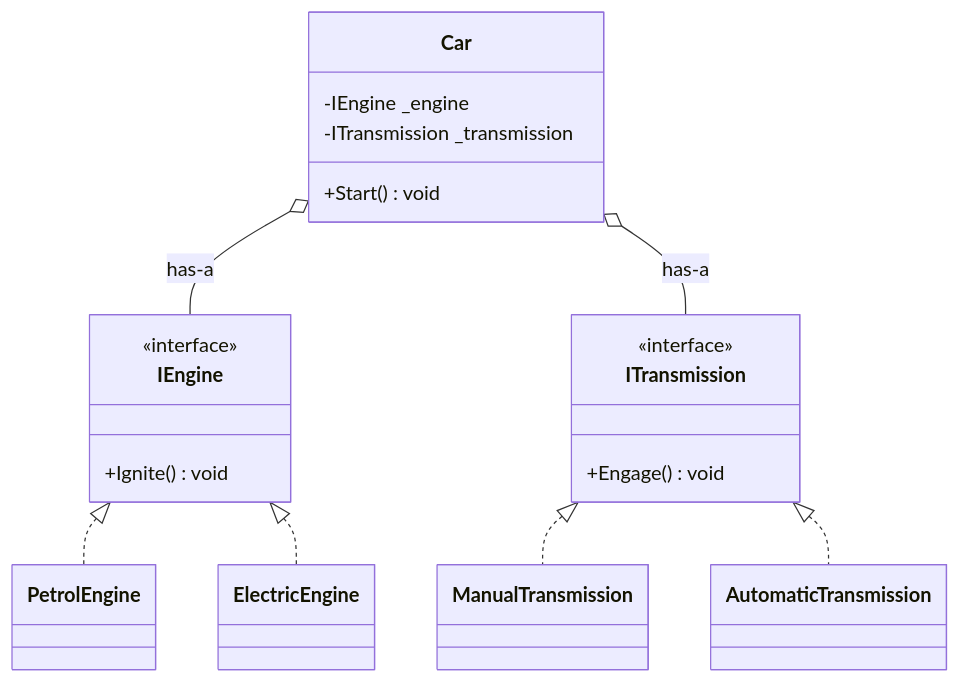
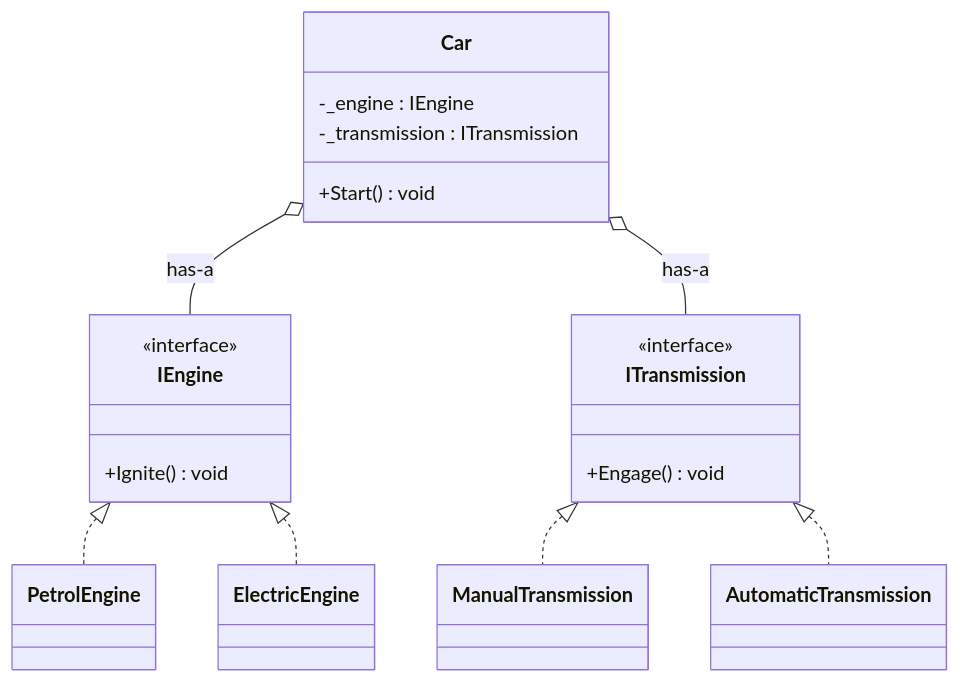
The sixth of 6 diagrams in 00-Foundations/01-OOP-Basics/notes.md (tushardongre1990/LLD-Claude), drawn with Mermaid before and after one commit. The commit also changed other lines of this file and 19 other files, not shown here.

First line of the commit message:
docs(00-Foundations): fix mermaid attribute ordering to name : type

````diff
--- a/00-Foundations/01-OOP-Basics/notes.md
+++ b/00-Foundations/01-OOP-Basics/notes.md
@@ -309,26 +309,26 @@
 ```mermaid
 classDiagram
     class Car {
-        -IEngine _engine
-        -ITransmission _transmission
+        -_engine : IEngine
+        -_transmission : ITransmission
         +Start() void
     }
     class IEngine {
         <<interface>>
         +Ignite() void
     }
     class ITransmission {
         <<interface>>
         +Engage() void
     }
     class PetrolEngine
     class ElectricEngine
     class ManualTransmission
     class AutomaticTransmission
     Car o-- IEngine : has-a
     Car o-- ITransmission : has-a
     IEngine <|.. PetrolEngine
     IEngine <|.. ElectricEngine
     ITransmission <|.. ManualTransmission
     ITransmission <|.. AutomaticTransmission
 ```
````
